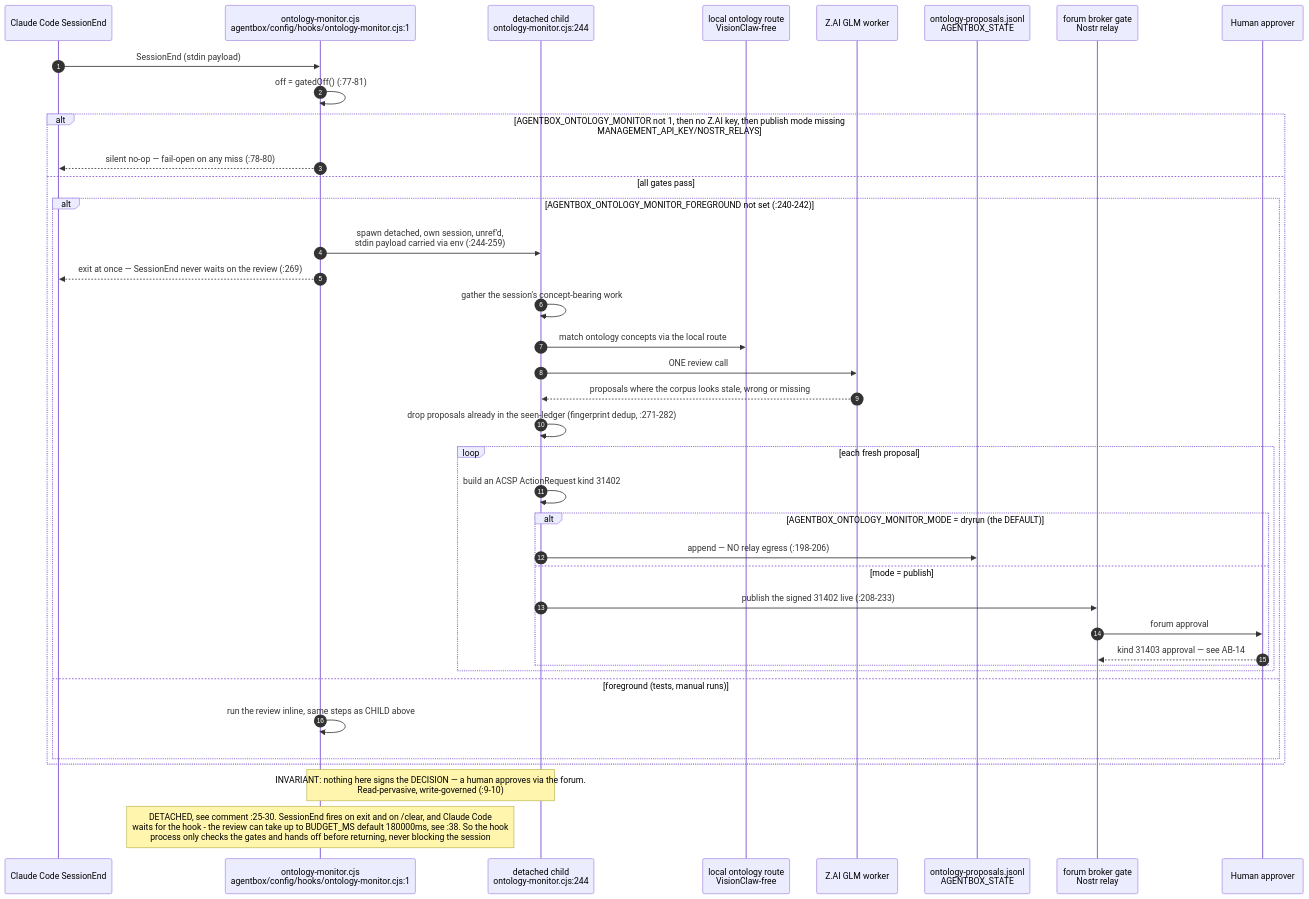
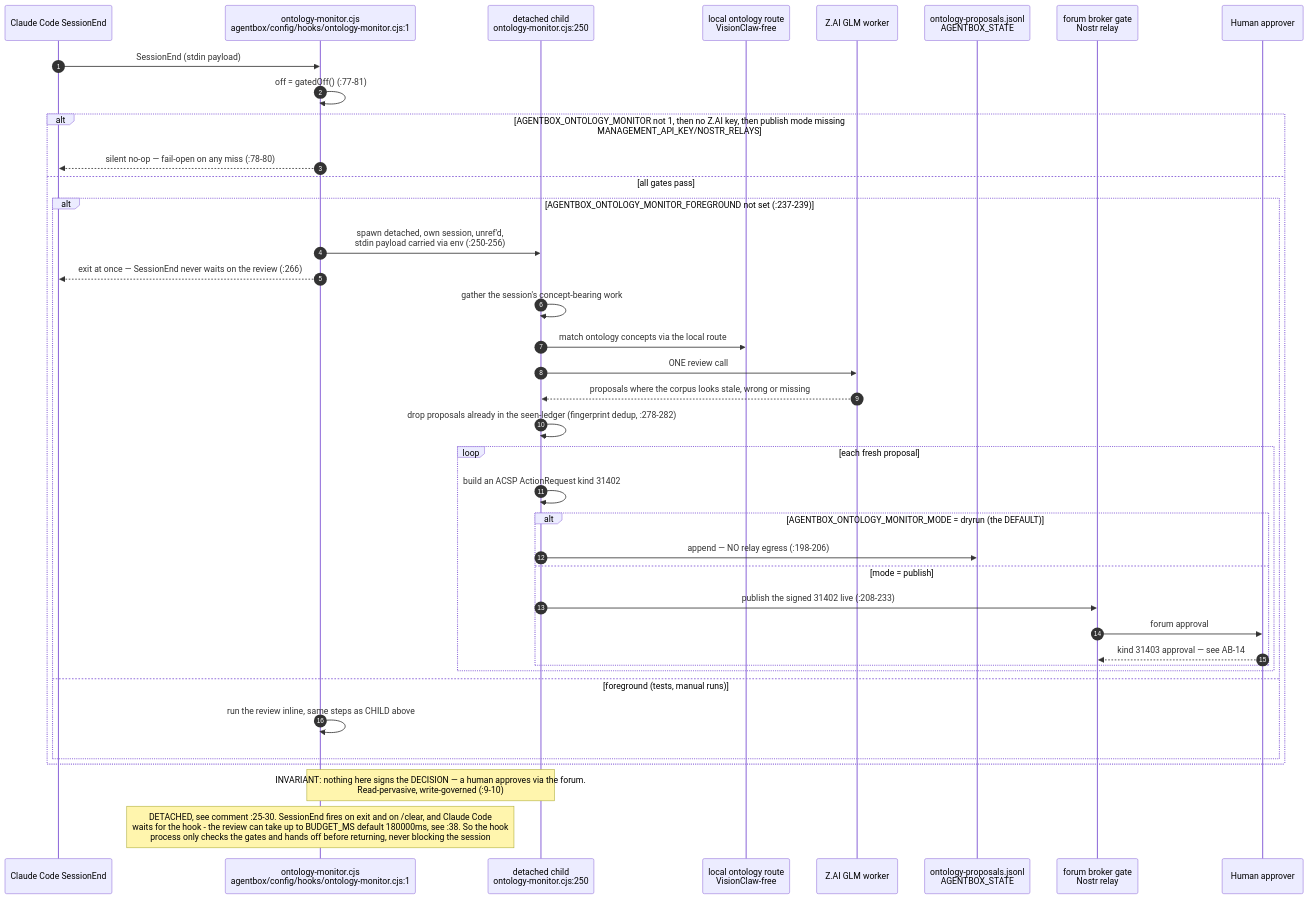
One commit to DreamLab-AI/VisionFlow changed the second of 5 diagrams in docs/diagrams/agentbox/25-ontology-tools-and-governed-writes.md. Above: the diagram before and after it, drawn with Mermaid. The commit also changed other lines of this file and 111 other files, not shown here.

Commit message:
docs(diagrams): align estate maps with current source

````diff
--- a/docs/diagrams/agentbox/25-ontology-tools-and-governed-writes.md
+++ b/docs/diagrams/agentbox/25-ontology-tools-and-governed-writes.md
@@ -74,42 +74,42 @@
 ```mermaid
 sequenceDiagram
     autonumber
     participant CC as Claude Code SessionEnd
     participant MON as ontology-monitor.cjs<br/>agentbox/config/hooks/ontology-monitor.cjs:1
-    participant CHILD as detached child<br/>ontology-monitor.cjs:244
+    participant CHILD as detached child<br/>ontology-monitor.cjs:250
     participant LOC as local ontology route<br/>VisionClaw-free
     participant ZAI as Z.AI GLM worker
     participant JSONL as ontology-proposals.jsonl<br/>AGENTBOX_STATE
     participant RELAY as forum broker gate<br/>Nostr relay
     participant H as Human approver
 
     CC->>MON: SessionEnd (stdin payload)
     MON->>MON: off = gatedOff() (:77-81)
     alt AGENTBOX_ONTOLOGY_MONITOR not 1, then no Z.AI key, then publish mode missing<br/>MANAGEMENT_API_KEY/NOSTR_RELAYS
         MON-->>CC: silent no-op — fail-open on any miss (:78-80)
     else all gates pass
-        alt AGENTBOX_ONTOLOGY_MONITOR_FOREGROUND not set (:240-242)
-            MON->>CHILD: spawn detached, own session, unref'd,<br/>stdin payload carried via env (:244-259)
-            MON-->>CC: exit at once — SessionEnd never waits on the review (:269)
+        alt AGENTBOX_ONTOLOGY_MONITOR_FOREGROUND not set (:237-239)
+            MON->>CHILD: spawn detached, own session, unref'd,<br/>stdin payload carried via env (:250-256)
+            MON-->>CC: exit at once — SessionEnd never waits on the review (:266)
             CHILD->>CHILD: gather the session's concept-bearing work
             CHILD->>LOC: match ontology concepts via the local route
             CHILD->>ZAI: ONE review call
             ZAI-->>CHILD: proposals where the corpus looks stale, wrong or missing
-            CHILD->>CHILD: drop proposals already in the seen-ledger (fingerprint dedup, :271-282)
+            CHILD->>CHILD: drop proposals already in the seen-ledger (fingerprint dedup, :278-282)
             loop each fresh proposal
                 CHILD->>CHILD: build an ACSP ActionRequest kind 31402
                 alt AGENTBOX_ONTOLOGY_MONITOR_MODE = dryrun (the DEFAULT)
                     CHILD->>JSONL: append — NO relay egress (:198-206)
                 else mode = publish
                     CHILD->>RELAY: publish the signed 31402 live (:208-233)
                     RELAY->>H: forum approval
                     H-->>RELAY: kind 31403 approval — see AB-14
                 end
             end
         else foreground (tests, manual runs)
             MON->>MON: run the review inline, same steps as CHILD above
         end
     end
     Note over MON,CHILD: INVARIANT: nothing here signs the DECISION — a human approves via the forum.<br/>Read-pervasive, write-governed (:9-10)
     Note over MON: DETACHED, see comment :25-30. SessionEnd fires on exit and on /clear, and Claude Code<br/>waits for the hook - the review can take up to BUDGET_MS default 180000ms, see :38. So the hook<br/>process only checks the gates and hands off before returning, never blocking the session
 ```
````
